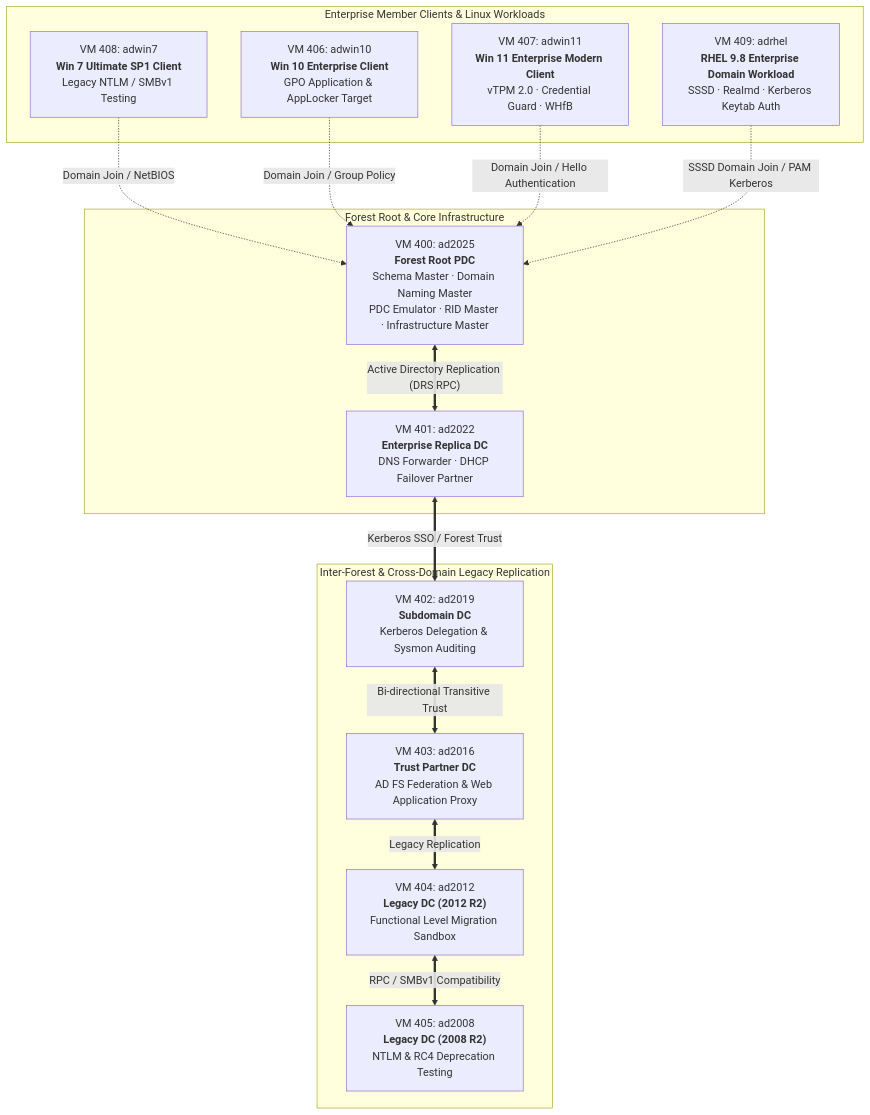
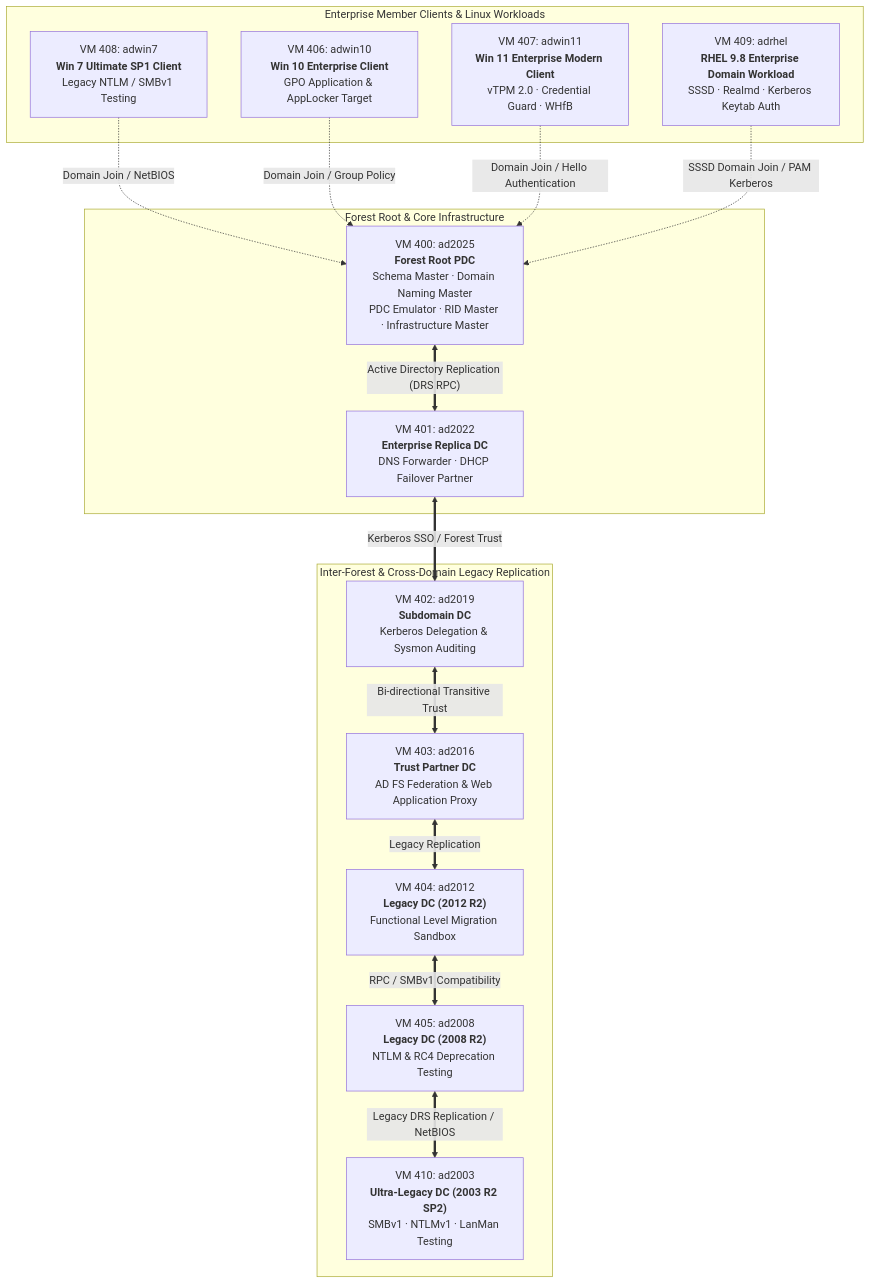
The diagram in docs/ACTIVE_DIRECTORY_LAB.md (stefanutc1/datacenter), drawn with Mermaid before and after one commit. The commit also changed other lines of this file and 12 other files, not shown here.

````diff
--- a/docs/ACTIVE_DIRECTORY_LAB.md
+++ b/docs/ACTIVE_DIRECTORY_LAB.md
@@ -37,32 +38,34 @@
 ```mermaid
 flowchart TD
     subgraph FOREST_ROOT["Forest Root & Core Infrastructure"]
         VM400["VM 400: ad2025<br/><b>Forest Root PDC</b><br/>Schema Master · Domain Naming Master<br/>PDC Emulator · RID Master · Infrastructure Master"]
         VM401["VM 401: ad2022<br/><b>Enterprise Replica DC</b><br/>DNS Forwarder · DHCP Failover Partner"]
     end
 
     subgraph LEGACY_TREE["Inter-Forest & Cross-Domain Legacy Replication"]
         VM402["VM 402: ad2019<br/><b>Subdomain DC</b><br/>Kerberos Delegation & Sysmon Auditing"]
         VM403["VM 403: ad2016<br/><b>Trust Partner DC</b><br/>AD FS Federation & Web Application Proxy"]
         VM404["VM 404: ad2012<br/><b>Legacy DC (2012 R2)</b><br/>Functional Level Migration Sandbox"]
         VM405["VM 405: ad2008<br/><b>Legacy DC (2008 R2)</b><br/>NTLM & RC4 Deprecation Testing"]
+        VM410["VM 410: ad2003<br/><b>Ultra-Legacy DC (2003 R2 SP2)</b><br/>SMBv1 · NTLMv1 · LanMan Testing"]
     end
 
     subgraph CLIENTS_AND_WORKLOADS["Enterprise Member Clients & Linux Workloads"]
         VM408["VM 408: adwin7<br/><b>Win 7 Ultimate SP1 Client</b><br/>Legacy NTLM / SMBv1 Testing"]
         VM406["VM 406: adwin10<br/><b>Win 10 Enterprise Client</b><br/>GPO Application & AppLocker Target"]
         VM407["VM 407: adwin11<br/><b>Win 11 Enterprise Modern Client</b><br/>vTPM 2.0 · Credential Guard · WHfB"]
         VM409["VM 409: adrhel<br/><b>RHEL 9.8 Enterprise Domain Workload</b><br/>SSSD · Realmd · Kerberos Keytab Auth"]
     end
 
     VM400 <==>|"Active Directory Replication (DRS RPC)"| VM401
     VM401 <==>|"Kerberos SSO / Forest Trust"| VM402
     VM402 <==>|"Bi-directional Transitive Trust"| VM403
     VM403 <==>|"Legacy Replication"| VM404
     VM404 <==>|"RPC / SMBv1 Compatibility"| VM405
+    VM405 <==>|"Legacy DRS Replication / NetBIOS"| VM410
 
     VM408 -.->|"Domain Join / NetBIOS"| VM400
     VM406 -.->|"Domain Join / Group Policy"| VM400
     VM407 -.->|"Domain Join / Hello Authentication"| VM400
     VM409 -.->|"SSSD Domain Join / PAM Kerberos"| VM400
 ```
````
